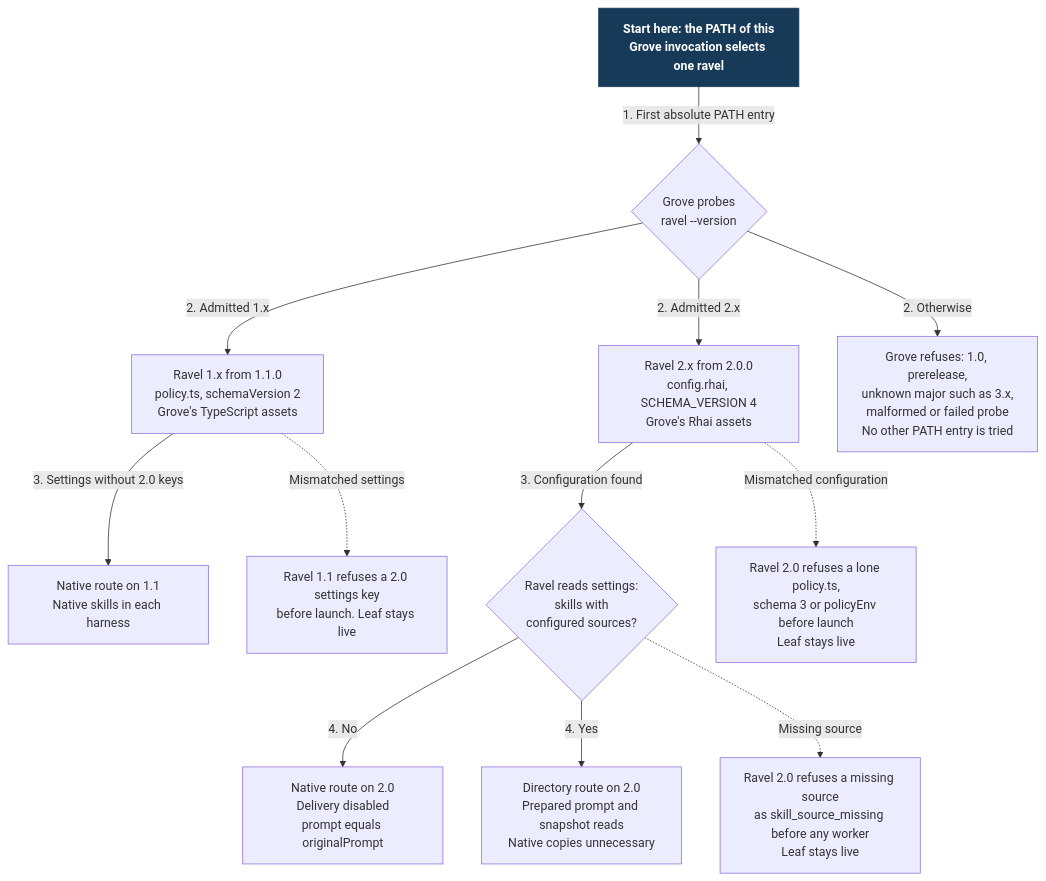
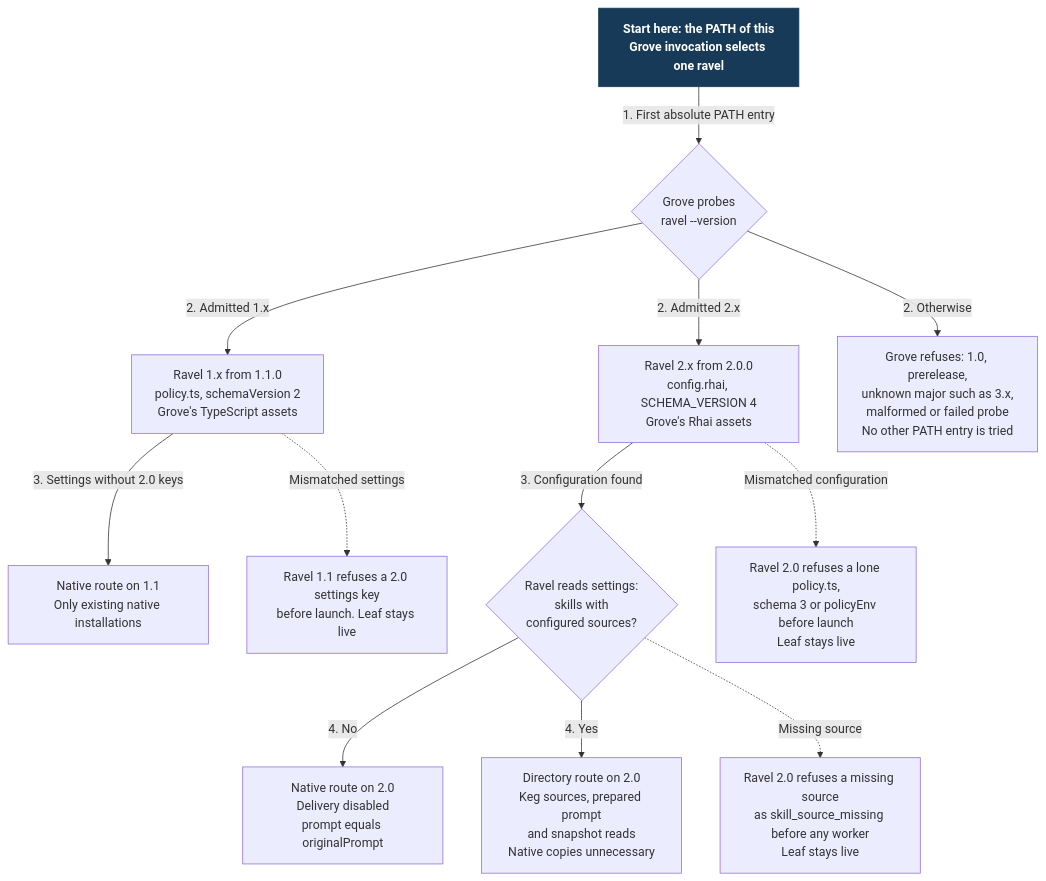
One commit to Linkuistics/grove changed the diagram in docs/design/harness-selection-and-execution/routes.mmd. Above: the diagram before and after it, drawn with Mermaid. The commit also changed 44 other files, not shown here.

```diff
--- a/docs/design/harness-selection-and-execution/routes.mmd
+++ b/docs/design/harness-selection-and-execution/routes.mmd
@@ -1,25 +1,25 @@
 flowchart TB
   Start["Start here: the PATH of this<br/>Grove invocation selects one ravel"]:::start
   Probe{"Grove probes<br/>ravel --version"}
   Refuse["Grove refuses: 1.0, prerelease,<br/>unknown major such as 3.x,<br/>malformed or failed probe<br/>No other PATH entry is tried"]
   V1["Ravel 1.x from 1.1.0<br/>policy.ts, schemaVersion 2<br/>Grove's TypeScript assets"]
   V2["Ravel 2.x from 2.0.0<br/>config.rhai, SCHEMA_VERSION 4<br/>Grove's Rhai assets"]
   Skills{"Ravel reads settings:<br/>skills with<br/>configured sources?"}
-  N1["Native route on 1.1<br/>Native skills in each harness"]
+  N1["Native route on 1.1<br/>Only existing native installations"]
   N2["Native route on 2.0<br/>Delivery disabled<br/>prompt equals originalPrompt"]
-  D2["Directory route on 2.0<br/>Prepared prompt and snapshot reads<br/>Native copies unnecessary"]
+  D2["Directory route on 2.0<br/>Keg sources, prepared prompt<br/>and snapshot reads<br/>Native copies unnecessary"]
   M1["Ravel 1.1 refuses a 2.0 settings key<br/>before launch. Leaf stays live"]
   M2["Ravel 2.0 refuses a lone policy.ts,<br/>schema 3 or policyEnv before launch<br/>Leaf stays live"]
   M3["Ravel 2.0 refuses a missing source<br/>as skill_source_missing before any worker<br/>Leaf stays live"]
   Start -->|"1. First absolute PATH entry"| Probe
   Probe -->|"2. Admitted 1.x"| V1
   Probe -->|"2. Admitted 2.x"| V2
   Probe -->|"2. Otherwise"| Refuse
   V1 -->|"3. Settings without 2.0 keys"| N1
   V2 -->|"3. Configuration found"| Skills
   Skills -->|"4. No"| N2
   Skills -->|"4. Yes"| D2
   V1 -.->|"Mismatched settings"| M1
   V2 -.->|"Mismatched configuration"| M2
   Skills -.->|"Missing source"| M3
   classDef start fill:#163a57,color:#fff,stroke:#163a57,font-weight:bold
```
